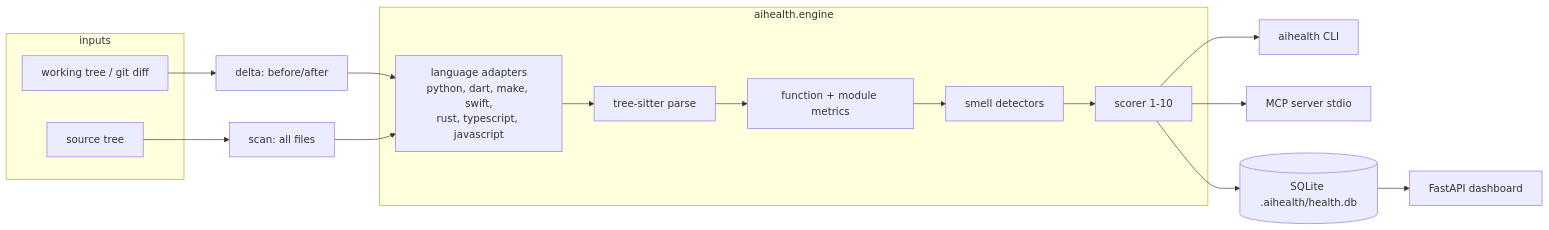
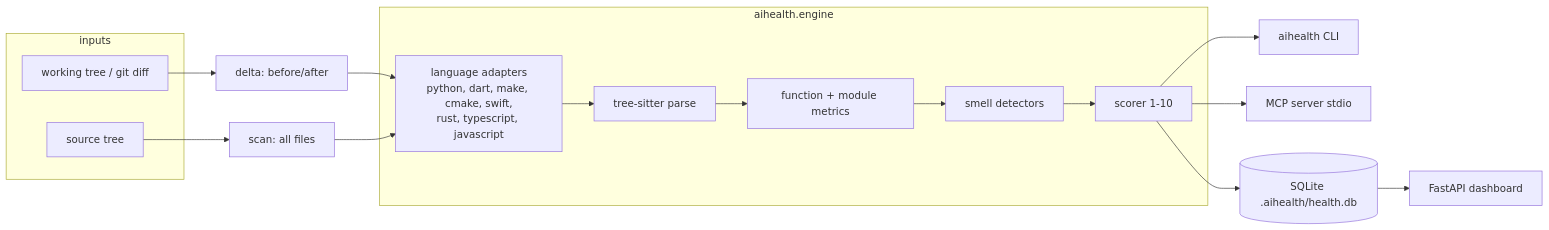
One commit to epatel/ai-health changed the diagram in cards/architecture.md. Above: the diagram before and after it, drawn with Mermaid. The commit also changed other lines of this file and 14 other files, not shown here.

First line of the commit message:
Add CMake language adapter (M17)

````diff
--- a/cards/architecture.md
+++ b/cards/architecture.md
@@ -7,23 +7,23 @@
 ```mermaid
 flowchart LR
     subgraph inputs
         WT[working tree / git diff]
         REPO[source tree]
     end
     subgraph engine["aihealth.engine"]
-        LANG[language adapters<br/>python, dart, make, swift,<br/>rust, typescript, javascript]
+        LANG[language adapters<br/>python, dart, make, cmake, swift,<br/>rust, typescript, javascript]
         TS[tree-sitter parse]
         MET[function + module metrics]
         SM[smell detectors]
         SC[scorer 1-10]
     end
     WT --> DELTA[delta: before/after]
     REPO --> SCAN[scan: all files]
     DELTA --> LANG
     SCAN --> LANG
     LANG --> TS --> MET --> SM --> SC
     SC --> CLI[aihealth CLI]
     SC --> MCP[MCP server stdio]
     SC --> DB[(SQLite .aihealth/health.db)]
     DB --> WEB[FastAPI dashboard]
 ```
````
